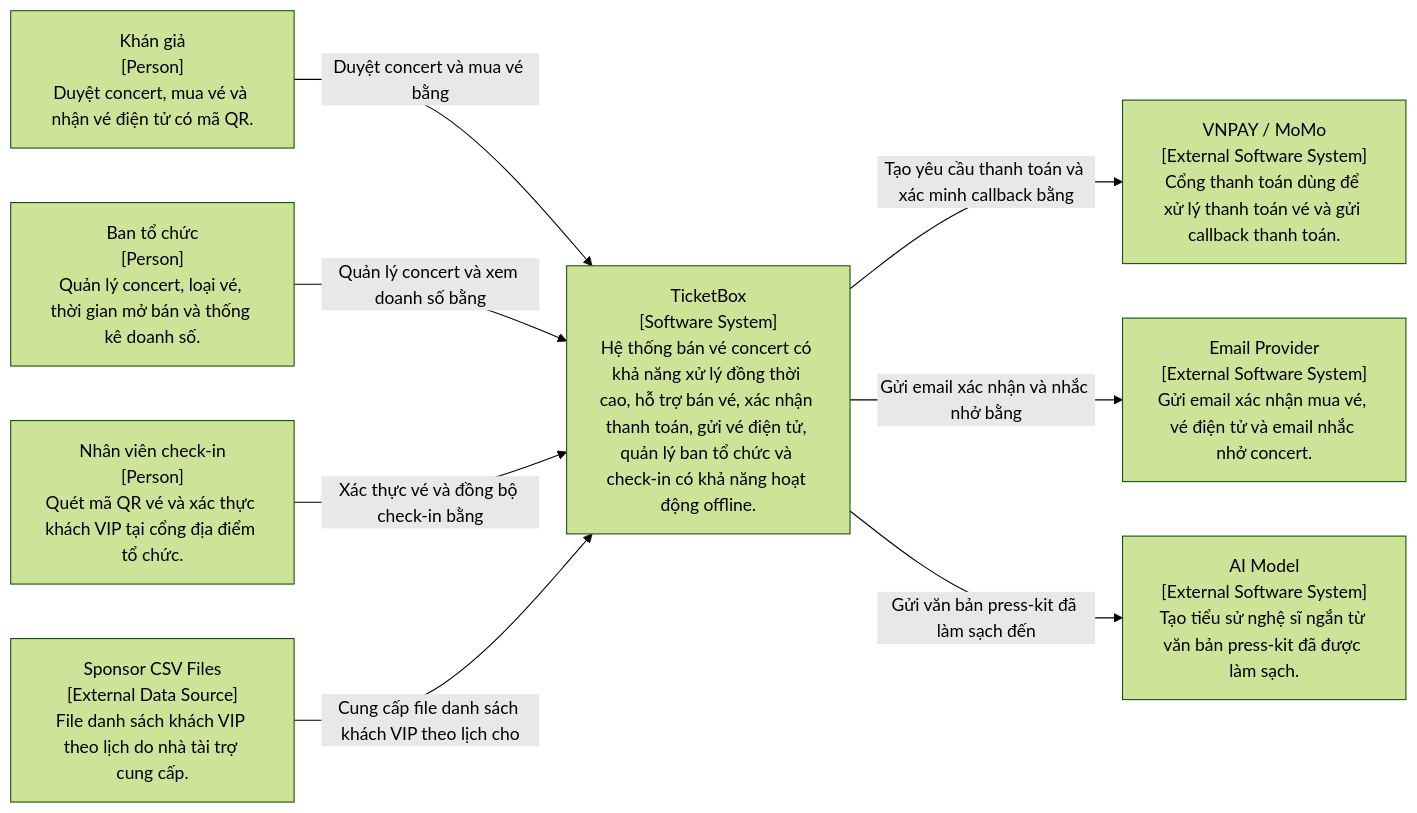
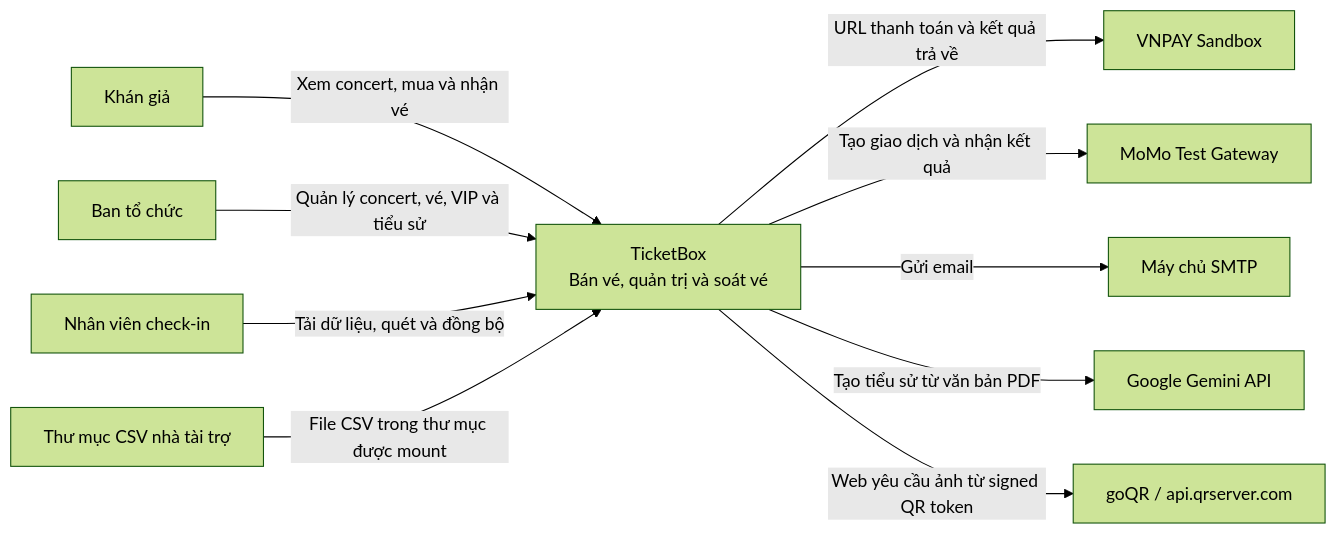
The first of 4 diagrams in docs/design.md (Cao-Trong-Khang/TicketBox), drawn with Mermaid (forest theme) before and after one commit. The commit also changed other lines of this file and 16 other files, not shown here.

````diff
--- a/docs/design.md
+++ b/docs/design.md
@@ -26,22 +32,23 @@
 ```mermaid
 flowchart LR
-    audience["Khán giả<br/>[Person]<br/>Duyệt concert, mua vé và nhận vé điện tử có mã QR."]
-    organizer["Ban tổ chức<br/>[Person]<br/>Quản lý concert, loại vé, thời gian mở bán và thống kê doanh số."]
-    staff["Nhân viên check-in<br/>[Person]<br/>Quét mã QR vé và xác thực khách VIP tại cổng địa điểm tổ chức."]
+    Audience["Khán giả"]
+    Organizer["Ban tổ chức"]
+    Staff["Nhân viên check-in"]
+    TicketBox["TicketBox\nBán vé, quản trị và soát vé"]
+    VNPAY["VNPAY Sandbox"]
+    MoMo["MoMo Test Gateway"]
+    SMTP["Máy chủ SMTP"]
+    Gemini["Google Gemini API"]
+    QRServer["goQR / api.qrserver.com"]
+    Sponsor["Thư mục CSV nhà tài trợ"]
 
-    ticketbox["TicketBox<br/>[Software System]<br/>Hệ thống bán vé concert có khả năng xử lý đồng thời cao, hỗ trợ bán vé, xác nhận thanh toán, gửi vé điện tử, quản lý ban tổ chức và check-in có khả năng hoạt động offline."]
-
-    payment["VNPAY / MoMo<br/>[External Software System]<br/>Cổng thanh toán dùng để xử lý thanh toán vé và gửi callback thanh toán."]
-    email["Email Provider<br/>[External Software System]<br/>Gửi email xác nhận mua vé, vé điện tử và email nhắc nhở concert."]
-    ai["AI Model<br/>[External Software System]<br/>Tạo tiểu sử nghệ sĩ ngắn từ văn bản press-kit đã được làm sạch."]
-    csv["Sponsor CSV Files<br/>[External Data Source]<br/>File danh sách khách VIP theo lịch do nhà tài trợ cung cấp."]
-
-    audience -->|"Duyệt concert và mua vé bằng"| ticketbox
-    organizer -->|"Quản lý concert và xem doanh số bằng"| ticketbox
-    staff -->|"Xác thực vé và đồng bộ check-in bằng"| ticketbox
-
-    ticketbox -->|"Tạo yêu cầu thanh toán và xác minh callback bằng"| payment
-    ticketbox -->|"Gửi email xác nhận và nhắc nhở bằng"| email
-    ticketbox -->|"Gửi văn bản press-kit đã làm sạch đến"| ai
-    csv -->|"Cung cấp file danh sách khách VIP theo lịch cho"| ticketbox
+    Audience -->|"Xem concert, mua và nhận vé"| TicketBox
+    Organizer -->|"Quản lý concert, vé, VIP và tiểu sử"| TicketBox
+    Staff -->|"Tải dữ liệu, quét và đồng bộ"| TicketBox
+    TicketBox -->|"URL thanh toán và kết quả trả về"| VNPAY
+    TicketBox -->|"Tạo giao dịch và nhận kết quả"| MoMo
+    TicketBox -->|"Gửi email"| SMTP
+    TicketBox -->|"Tạo tiểu sử từ văn bản PDF"| Gemini
+    TicketBox -->|"Web yêu cầu ảnh từ signed QR token"| QRServer
+    Sponsor -->|"File CSV trong thư mục được mount"| TicketBox
 ```
````
